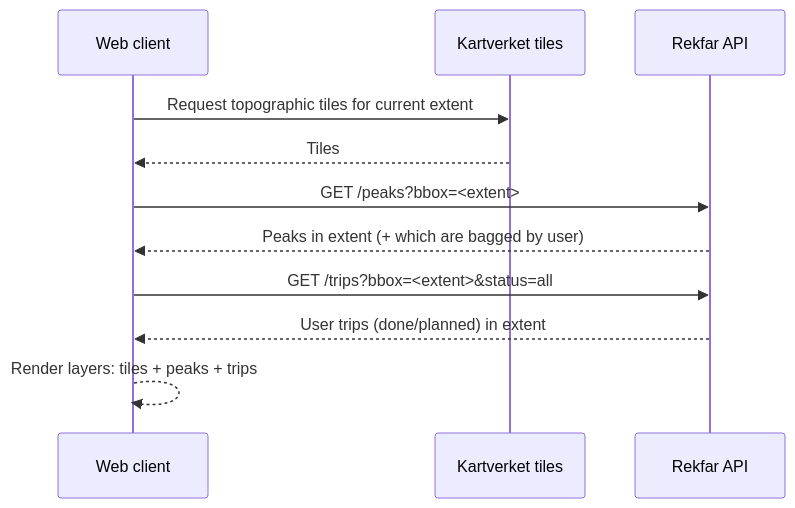
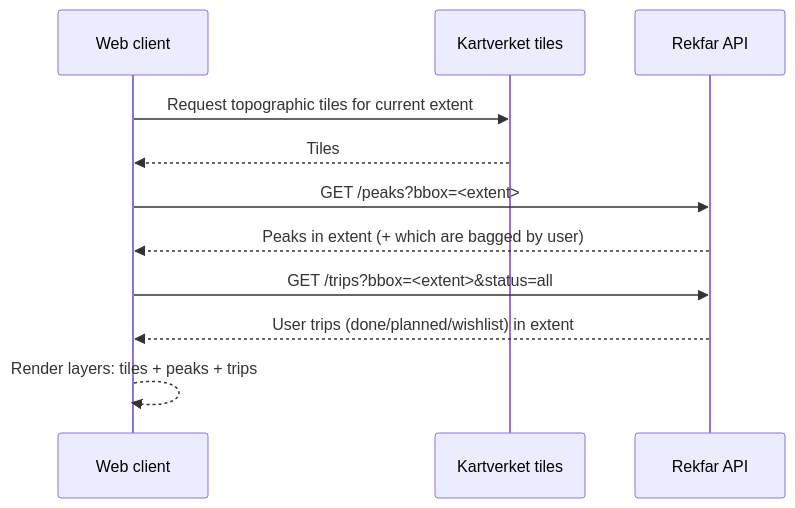
Before and after one commit to rekfar/docs: the second of 4 diagrams in architecture/04-application-architecture.md, drawn with Mermaid. The commit also changed other lines of this file and 7 other files, not shown here.

````diff
--- a/architecture/04-application-architecture.md
+++ b/architecture/04-application-architecture.md
@@ -113,13 +112,13 @@
 ```mermaid
 sequenceDiagram
     participant U as Web client
     participant K as Kartverket tiles
     participant A as Rekfar API
     U->>K: Request topographic tiles for current extent
     K-->>U: Tiles
     U->>A: GET /peaks?bbox=<extent>
     A-->>U: Peaks in extent (+ which are bagged by user)
     U->>A: GET /trips?bbox=<extent>&status=all
-    A-->>U: User trips (done/planned) in extent
+    A-->>U: User trips (done/planned/wishlist) in extent
     U-->>U: Render layers: tiles + peaks + trips
 ```
````
